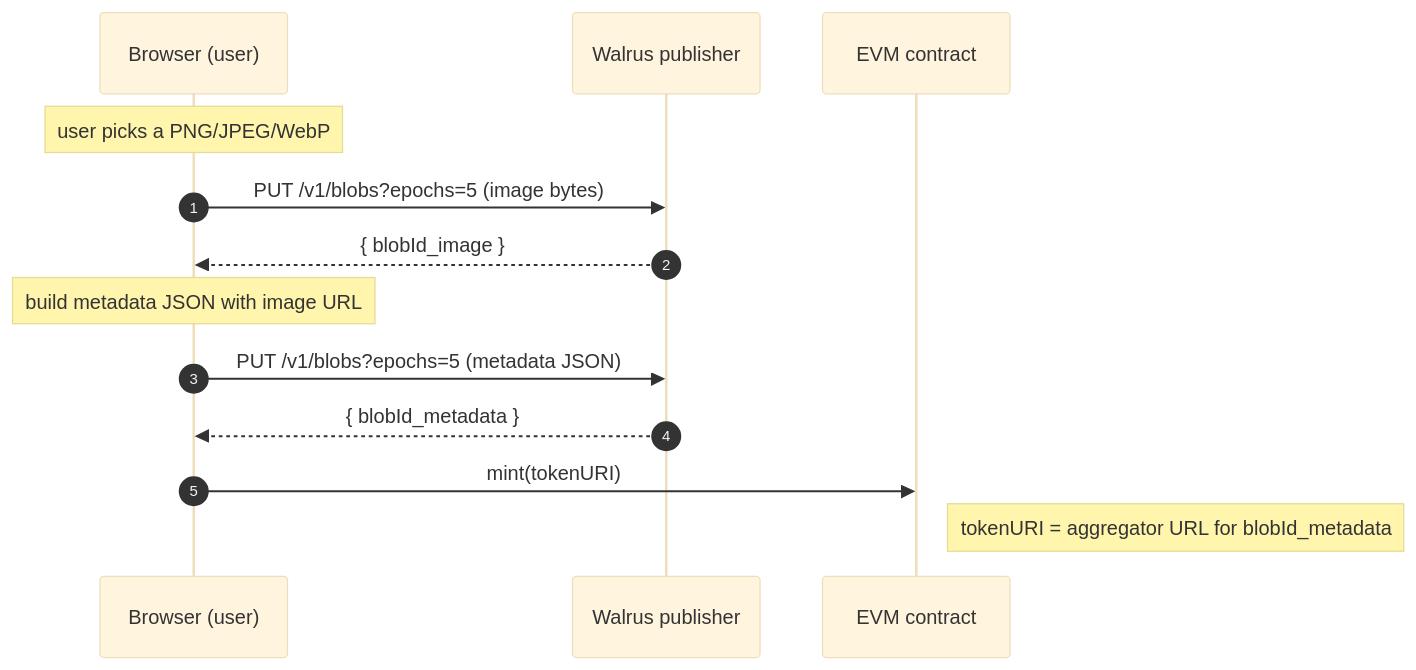
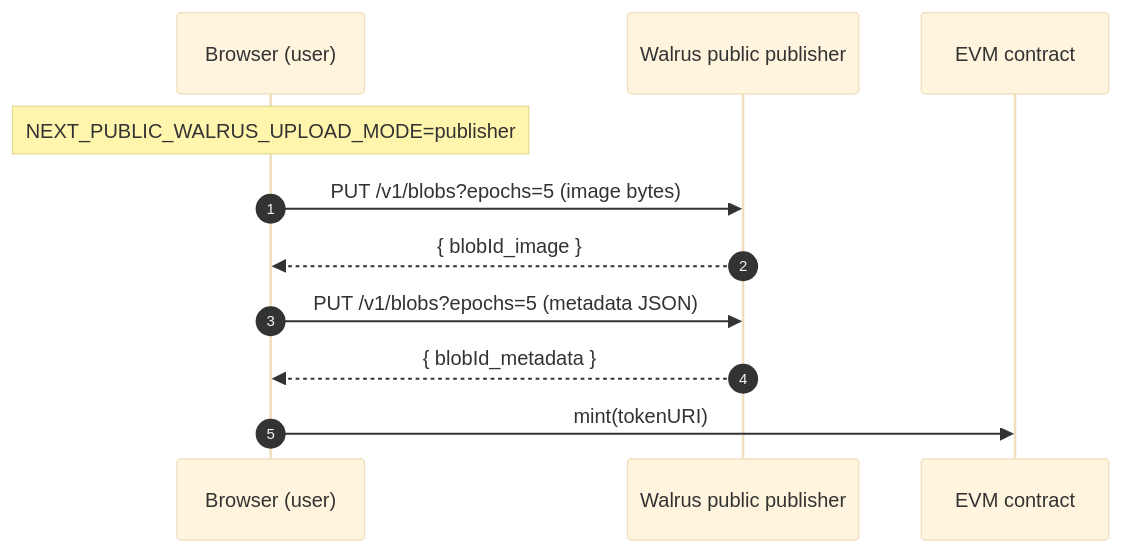
One commit to MystenLabs/evm-sui changed the second of 3 diagrams in README.md. Above: the diagram before and after it, drawn with Mermaid (base theme). The commit also changed other lines of this file, not shown here.

First line of the commit message:
docs(README): rewrite Walrus integration for two-mode write path

````diff
--- a/README.md
+++ b/README.md
@@ -14,16 +52,14 @@
 ```mermaid
 sequenceDiagram
     autonumber
     participant U as Browser (user)
-    participant W as Walrus publisher
+    participant W as Walrus public publisher
     participant C as EVM contract
 
-    Note over U: user picks a PNG/JPEG/WebP
+    Note over U: NEXT_PUBLIC_WALRUS_UPLOAD_MODE=publisher
     U->>W: PUT /v1/blobs?epochs=5 (image bytes)
     W-->>U: { blobId_image }
-    Note over U: build metadata JSON with image URL
     U->>W: PUT /v1/blobs?epochs=5 (metadata JSON)
     W-->>U: { blobId_metadata }
     U->>C: mint(tokenURI)
-    Note right of C: tokenURI = aggregator URL for blobId_metadata
 ```
````
